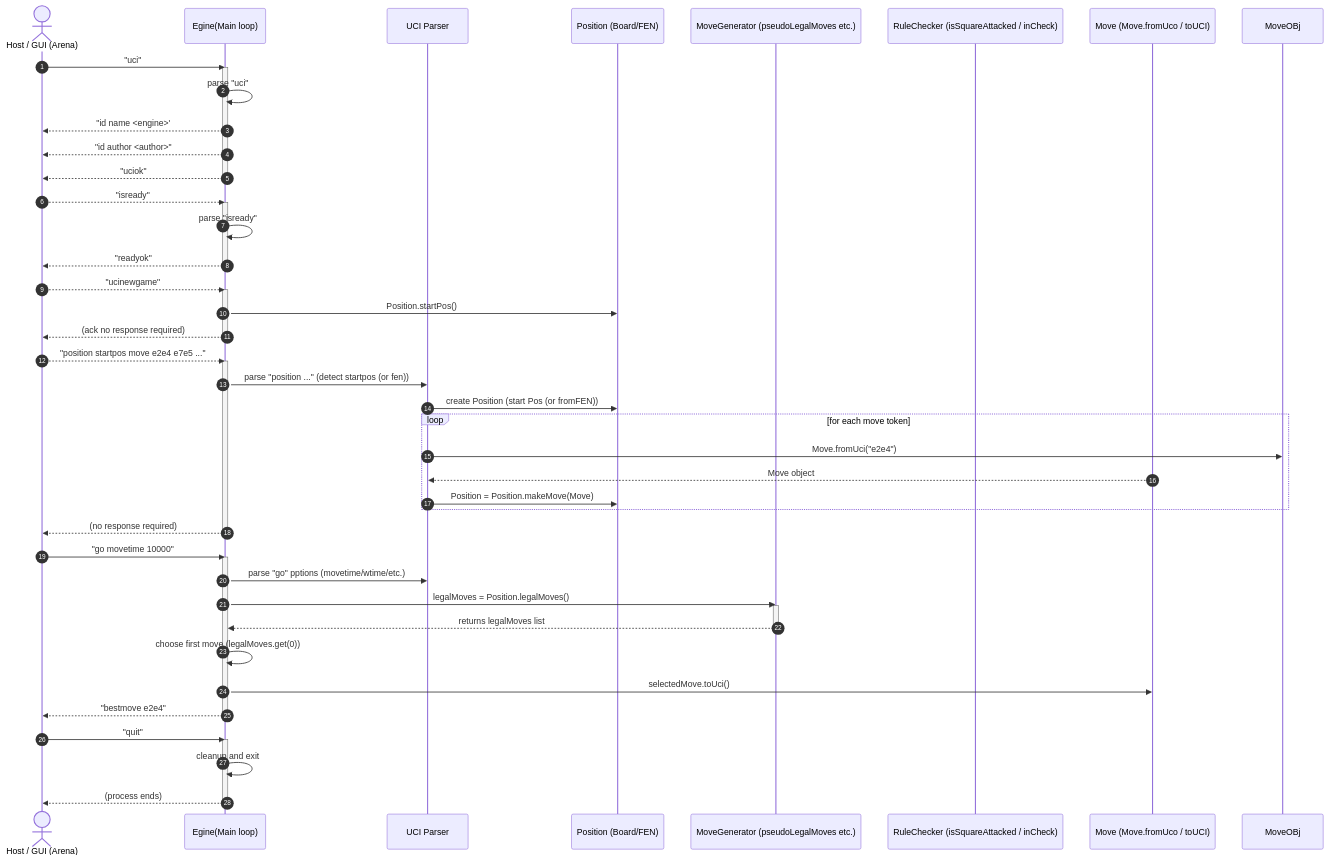
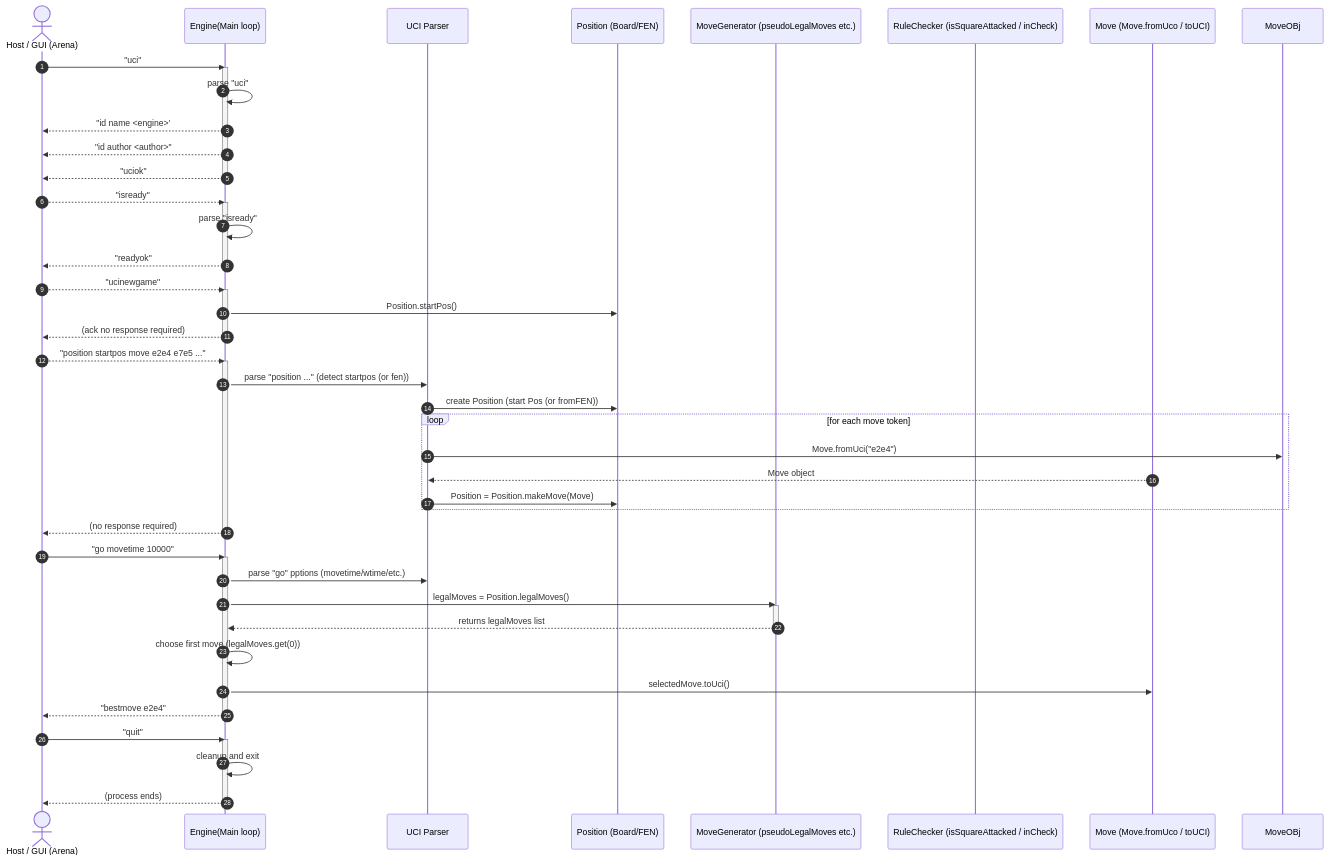
One commit to JJ-223/CFrenzy_ChessRobot changed the diagram in README.md. Above: the diagram before and after it, drawn with Mermaid.

````diff
--- a/README.md
+++ b/README.md
@@ -3,64 +3,64 @@
 ```mermaid
 sequenceDiagram
     autonumber
     actor Host as Host / GUI (Arena)
-    participant Engine as Egine(Main loop)
+    participant Engine as Engine(Main loop)
     participant Parser as UCI Parser
     participant Position as Position (Board/FEN) 
     participant MoveGen as MoveGenerator (pseudoLegalMoves etc.)
     participant Rule as RuleChecker (isSquareAttacked / inCheck)
     participant MoveObj as Move (Move.fromUco / toUCI)
 
     %%Note over Host, Engine: Engine runs a UCI stdin/stdout loop
 
     Host ->> Engine: "uci"
     activate Engine
     Engine ->> Engine: parse "uci"
     Engine -->> Host: "id name <engine>'
     Engine -->> Host: "id author <author>"
     Engine -->> Host: "uciok"
     deactivate Engine
 
     Host -->> Engine: "isready"
     activate Engine
     Engine ->> Engine: parse "isready"
     Engine -->> Host: "readyok"
     deactivate Engine
 
     Host -->> Engine: "ucinewgame"
     activate Engine
     Engine ->> Position: Position.startPos()
     Engine -->> Host: (ack no response required)
     deactivate Engine
 
     Host -->> Engine: "position startpos move e2e4 e7e5 ..."
     activate Engine
     Engine ->> Parser: parse "position ..." (detect startpos (or fen))
     Parser ->> Position: create Position (start Pos (or fromFEN))
     loop for each move token
         Parser ->> MoveOBj: Move.fromUci("e2e4")
         MoveObj -->> Parser: Move object
         Parser ->> Position: Position = Position.makeMove(Move)
     end
     Engine -->> Host: (no response required)
     deactivate Engine
 
     Host ->> Engine: "go movetime 10000"
     activate Engine
     Engine ->> Parser: parse "go" pptions (movetime/wtime/etc.)
     Engine ->> MoveGen: legalMoves = Position.legalMoves()
     activate MoveGen
     MoveGen -->> Engine: returns legalMoves list
     deactivate MoveGen
 
     Engine ->> Engine: choose first move (legalMoves.get(0))
     Engine ->> MoveObj: selectedMove.toUci()
     Engine -->> Host: "bestmove e2e4"
     deactivate Engine
 
     Host ->> Engine: "quit"
     activate Engine
     Engine ->> Engine: cleanup and exit
     Engine -->> Host: (process ends)
     deactivate Engine
 ```
````
